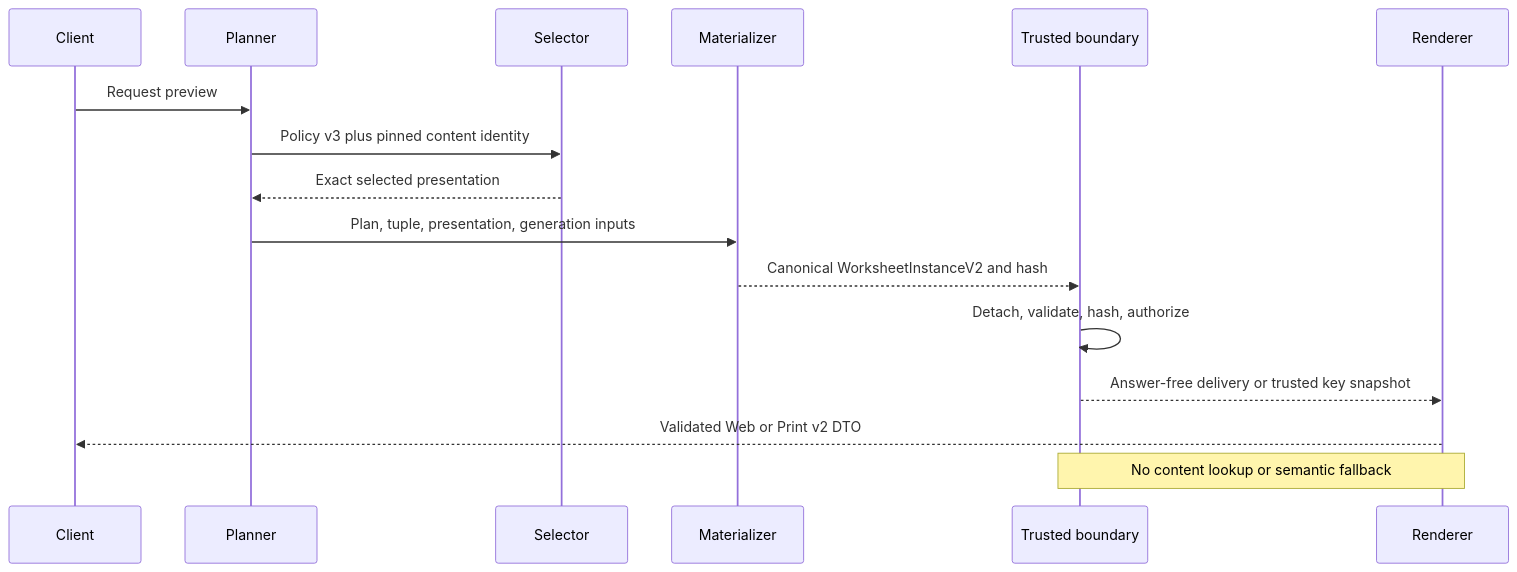
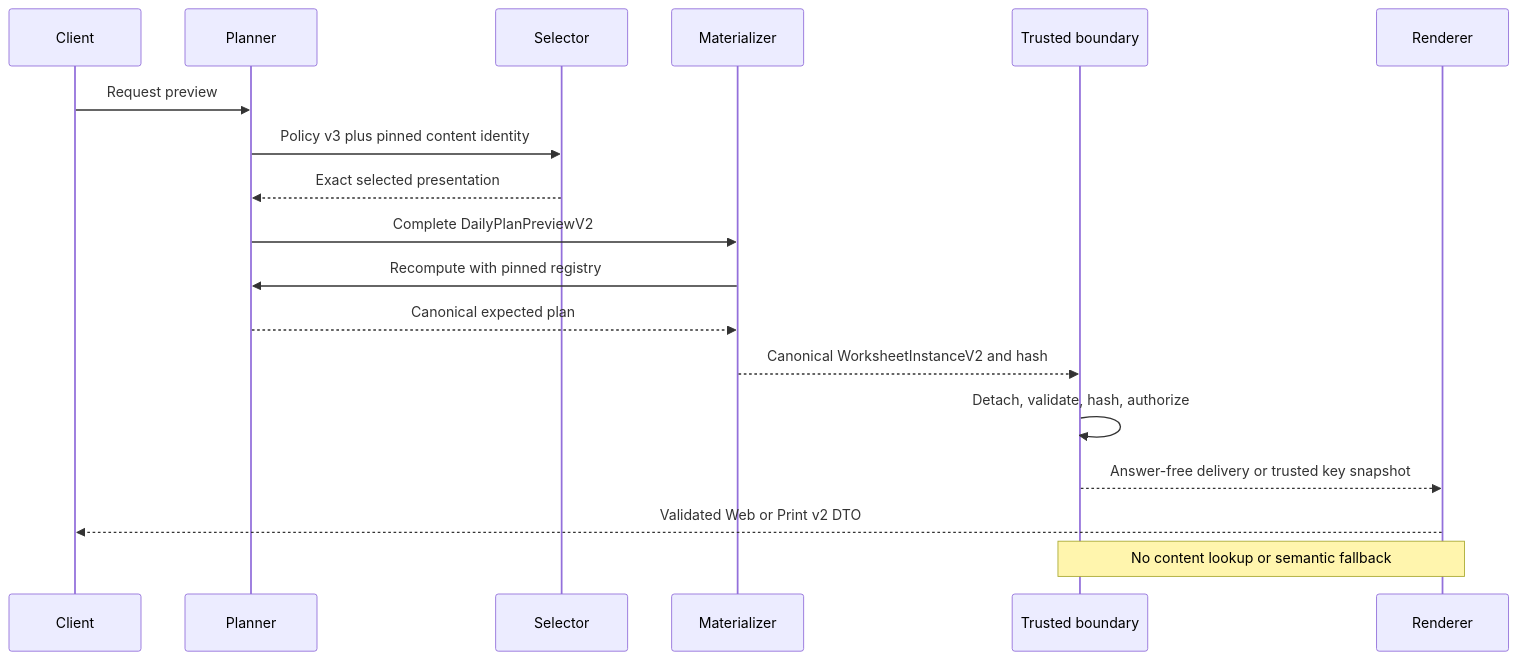
The third of 3 diagrams in docs/decisions/0003-instance-bound-presentation.md (kazu-42/exercisebook.app), drawn with Mermaid before and after one commit. The commit also changed other lines of this file and 17 other files, not shown here.

````diff
--- a/docs/decisions/0003-instance-bound-presentation.md
+++ b/docs/decisions/0003-instance-bound-presentation.md
@@ -157,19 +188,21 @@
 ```mermaid
 sequenceDiagram
   participant Client
   participant Planner
   participant Selector
   participant Materializer
   participant Boundary as Trusted boundary
   participant Renderer
 
   Client->>Planner: Request preview
   Planner->>Selector: Policy v3 plus pinned content identity
   Selector-->>Planner: Exact selected presentation
-  Planner->>Materializer: Plan, tuple, presentation, generation inputs
+  Planner->>Materializer: Complete DailyPlanPreviewV2
+  Materializer->>Planner: Recompute with pinned registry
+  Planner-->>Materializer: Canonical expected plan
   Materializer-->>Boundary: Canonical WorksheetInstanceV2 and hash
   Boundary->>Boundary: Detach, validate, hash, authorize
   Boundary-->>Renderer: Answer-free delivery or trusted key snapshot
   Renderer-->>Client: Validated Web or Print v2 DTO
   Note over Boundary,Renderer: No content lookup or semantic fallback
 ```
````
